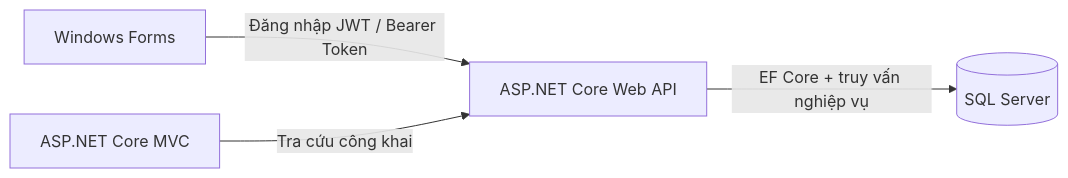
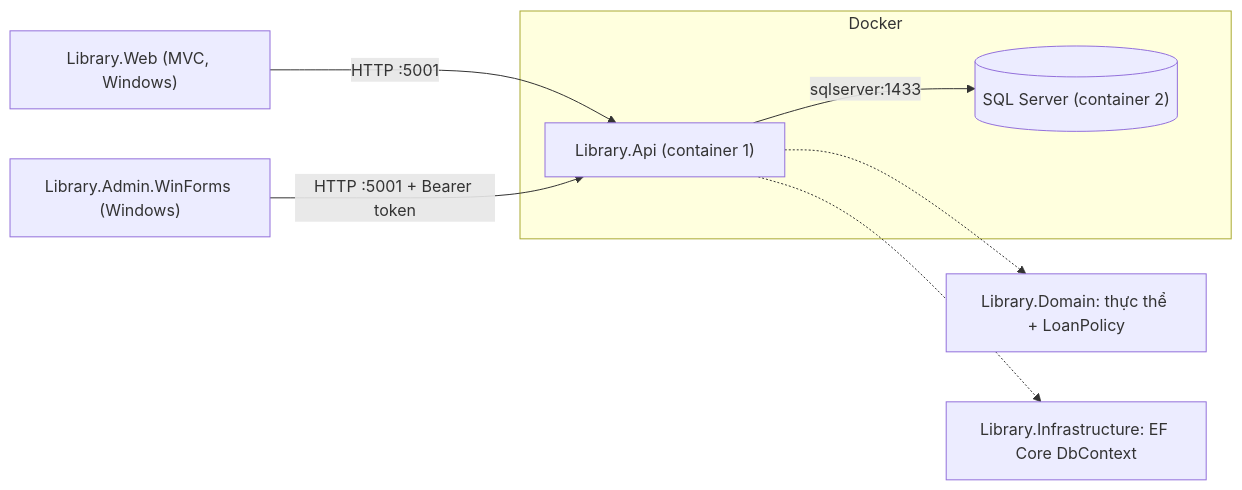
Before and after one commit to vothuanthien/SGU_nnltCSharp_group7: the diagram in Documents/Architecture.md, drawn with Mermaid. The commit also changed other lines of this file and 24 other files, not shown here.

````diff
--- a/Documents/Architecture.md
+++ b/Documents/Architecture.md
@@ -3,6 +3,10 @@
 ```mermaid
 flowchart LR
-  Desk[Windows Forms] -->|Đăng nhập JWT / Bearer Token| API[ASP.NET Core Web API]
-  Web[ASP.NET Core MVC] -->|Tra cứu công khai| API
-  API -->|EF Core + truy vấn nghiệp vụ| SQL[(SQL Server)]
+  Web["Library.Web (MVC, Windows)"] -->|HTTP :5001| API
+  Win["Library.Admin.WinForms (Windows)"] -->|HTTP :5001 + Bearer token| API
+  subgraph Docker
+    API["Library.Api (container 1)"] -->|sqlserver:1433| SQL[("SQL Server (container 2)")]
+  end
+  API -.-> Dom["Library.Domain: thực thể + LoanPolicy"]
+  API -.-> Inf["Library.Infrastructure: EF Core DbContext"]
 ```
````
